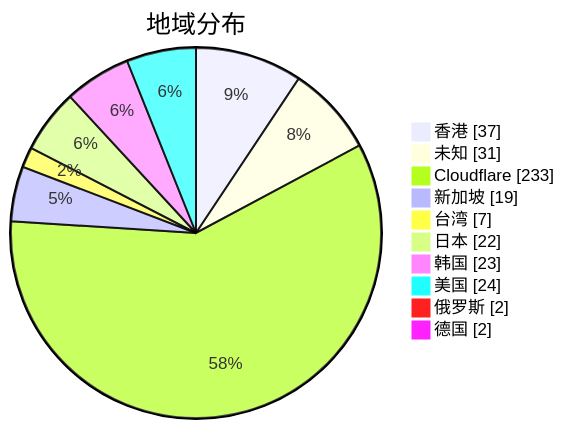
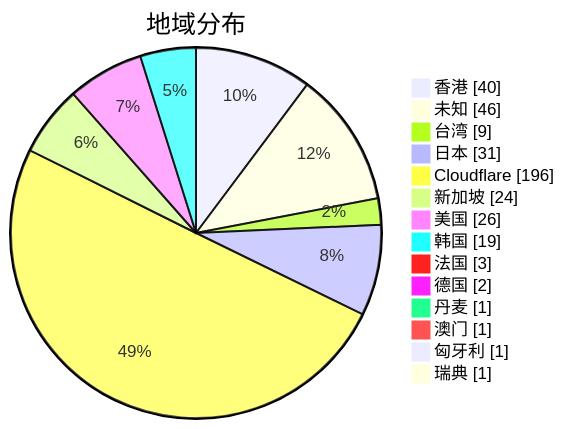
One commit to qjlxg/airport changed the second of 3 diagrams in subs/statistics/tested_within.md. Above: the diagram before and after it, drawn with Mermaid. The commit also changed other lines of this file and 2 other files, not shown here.

````diff
--- a/subs/statistics/tested_within.md
+++ b/subs/statistics/tested_within.md
@@ -13,14 +13,18 @@
 ```mermaid
 pie showData
 title 地域分布
-"香港" : 37
-"未知" : 31
-"Cloudflare" : 233
-"新加坡" : 19
-"台湾" : 7
-"日本" : 22
-"韩国" : 23
-"美国" : 24
-"俄罗斯" : 2
+"香港" : 40
+"未知" : 46
+"台湾" : 9
+"日本" : 31
+"Cloudflare" : 196
+"新加坡" : 24
+"美国" : 26
+"韩国" : 19
+"法国" : 3
 "德国" : 2
+"丹麦" : 1
+"澳门" : 1
+"匈牙利" : 1
+"瑞典" : 1
 ```
````
